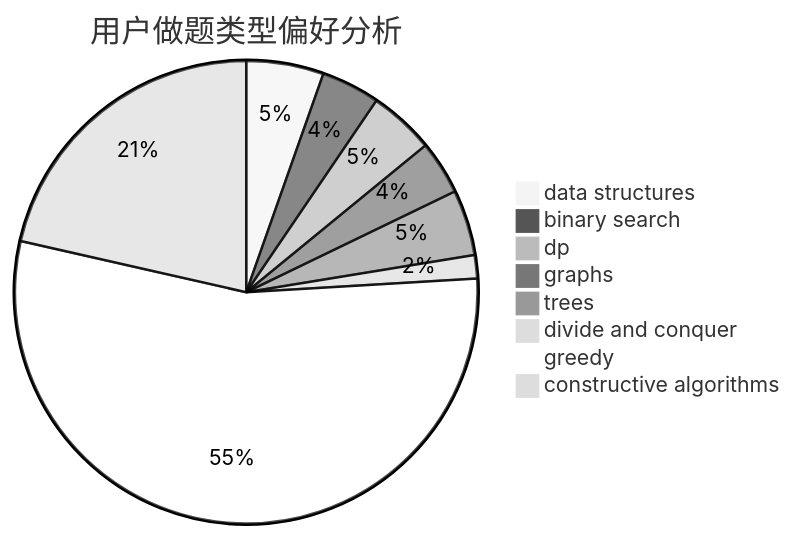
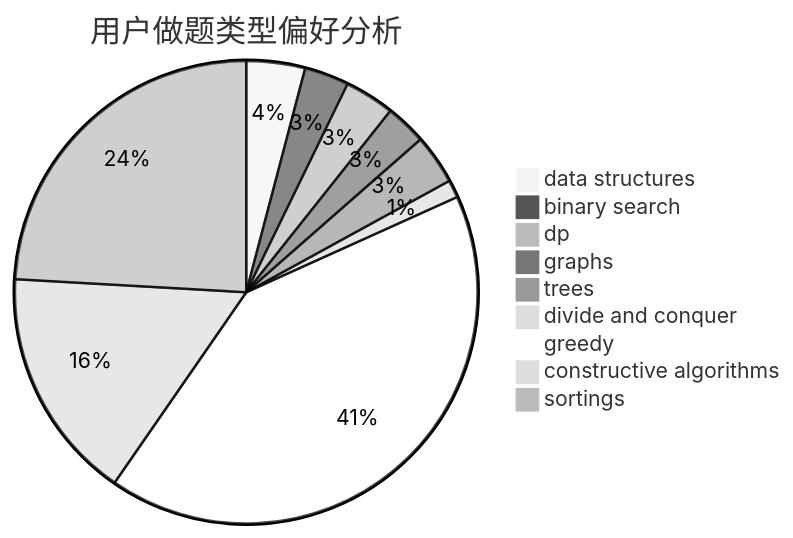
The second of 3 diagrams in docs/user/u2561.md (sherpahu/cfrs.github.io), drawn with Mermaid (neutral theme) before and after one commit. The commit also changed other lines of this file and 2769 other files, not shown here.

````diff
--- a/docs/user/u2561.md
+++ b/docs/user/u2561.md
@@ -23,11 +18,12 @@
 ```mermaid
 pie title 用户做题类型偏好分析
     "data structures" :  33
     "binary search" :  25
     "dp" :  28
     "graphs" :  23
     "trees" :  28
     "divide and conquer" :  10
     "greedy" :  333
     "constructive algorithms" :  131
+    "sortings" :  194
 ```
````
